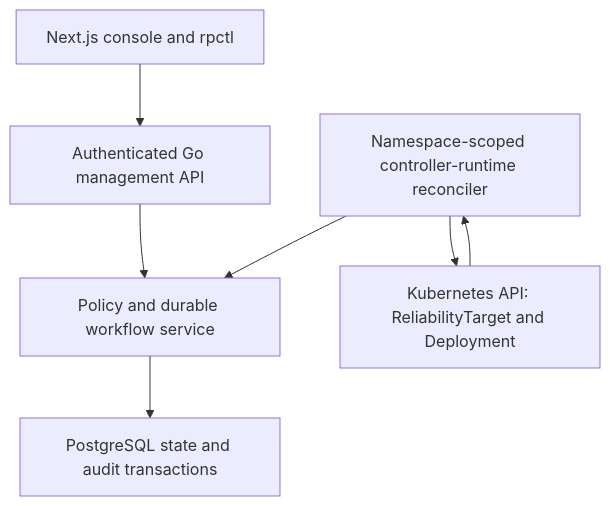
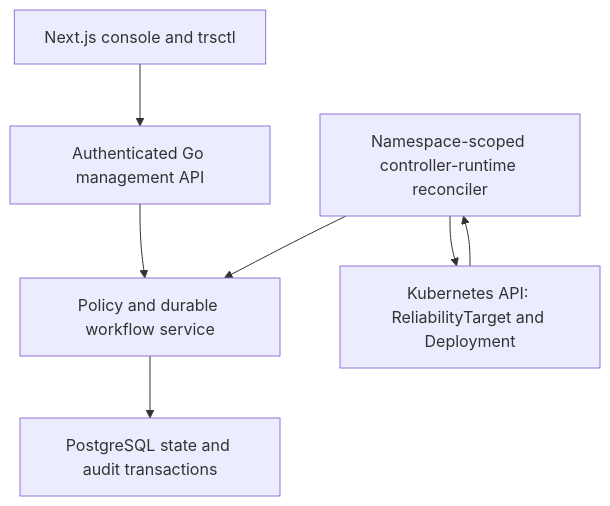
The first of 2 diagrams in ARCHITECTURE.md (ATLURI0001/target-reconciliation-service), drawn with Mermaid before and after one commit. The commit also changed other lines of this file and 147 other files, not shown here.

````diff
--- a/ARCHITECTURE.md
+++ b/ARCHITECTURE.md
@@ -5,9 +5,9 @@
 ```mermaid
 flowchart TD
-  Console["Next.js console and rpctl"] --> API["Authenticated Go management API"]
+  Console["Next.js console and trsctl"] --> API["Authenticated Go management API"]
   API --> Core["Policy and durable workflow service"]
   Controller["Namespace-scoped controller-runtime reconciler"] --> Core
   Core --> Database["PostgreSQL state and audit transactions"]
   Controller --> Kubernetes["Kubernetes API: ReliabilityTarget and Deployment"]
   Kubernetes --> Controller
 ```
````
